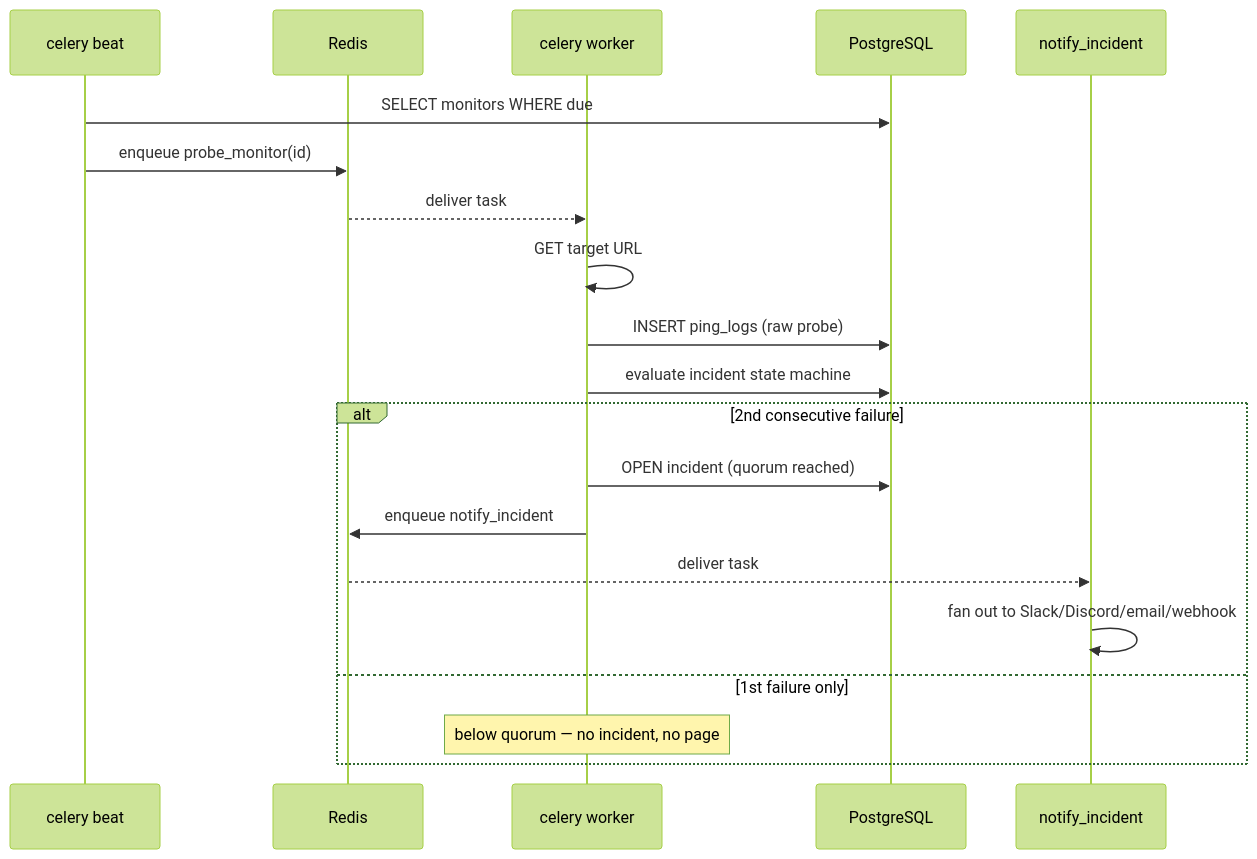
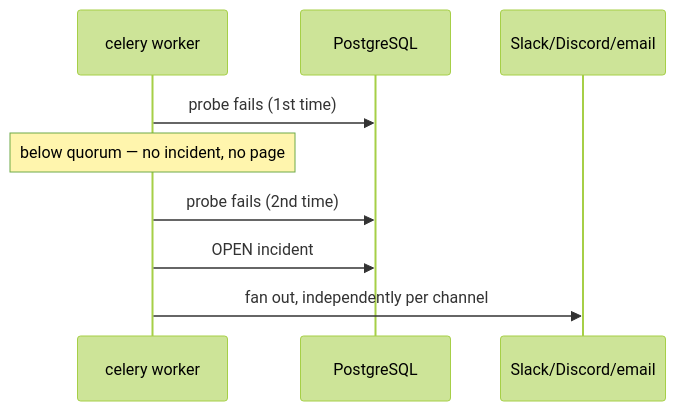
Before and after one commit to Nitishjha7/webguard-scanpulse: the second of 2 diagrams in README.md, drawn with Mermaid (forest theme). The commit also changed other lines of this file, not shown here.

````diff
--- a/README.md
+++ b/README.md
@@ -206,23 +70,12 @@
 ```mermaid
 sequenceDiagram
-    participant Beat as celery beat
-    participant Redis
     participant Worker as celery worker
     participant DB as PostgreSQL
-    participant Alert as notify_incident
+    participant Alert as Slack/Discord/email
 
-    Beat->>DB: SELECT monitors WHERE due
-    Beat->>Redis: enqueue probe_monitor(id)
-    Redis-->>Worker: deliver task
-    Worker->>Worker: GET target URL
-    Worker->>DB: INSERT ping_logs (raw probe)
-    Worker->>DB: evaluate incident state machine
-    alt 2nd consecutive failure
-        Worker->>DB: OPEN incident (quorum reached)
-        Worker->>Redis: enqueue notify_incident
-        Redis-->>Alert: deliver task
-        Alert->>Alert: fan out to Slack/Discord/email/webhook
-    else 1st failure only
-        Note over Worker: below quorum — no incident, no page
-    end
+    Worker->>DB: probe fails (1st time)
+    Note over Worker: below quorum — no incident, no page
+    Worker->>DB: probe fails (2nd time)
+    Worker->>DB: OPEN incident
+    Worker->>Alert: fan out, independently per channel
 ```
````
